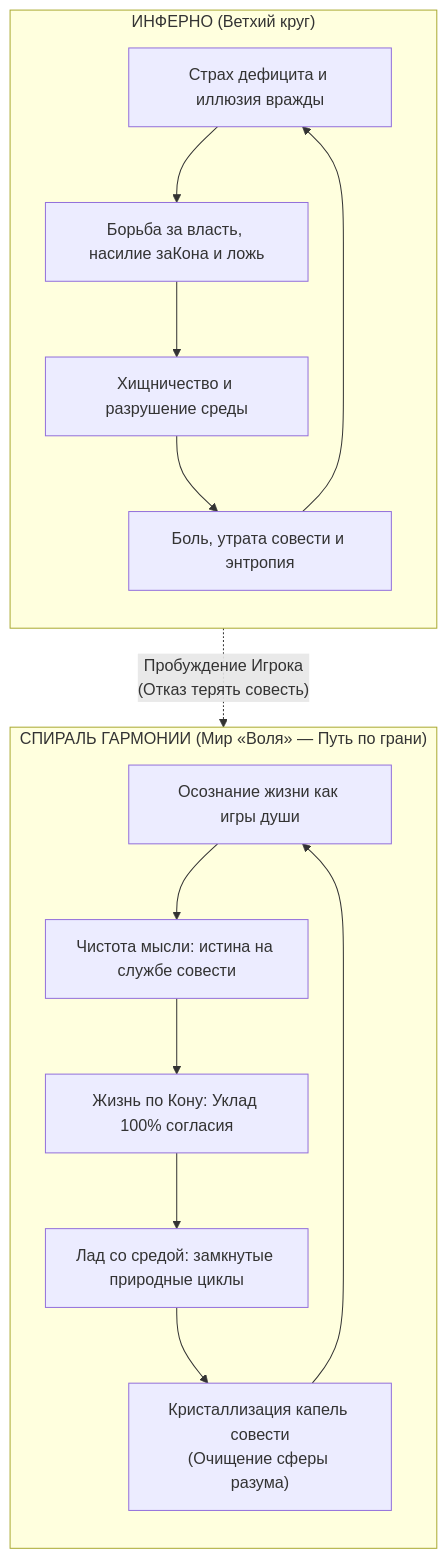
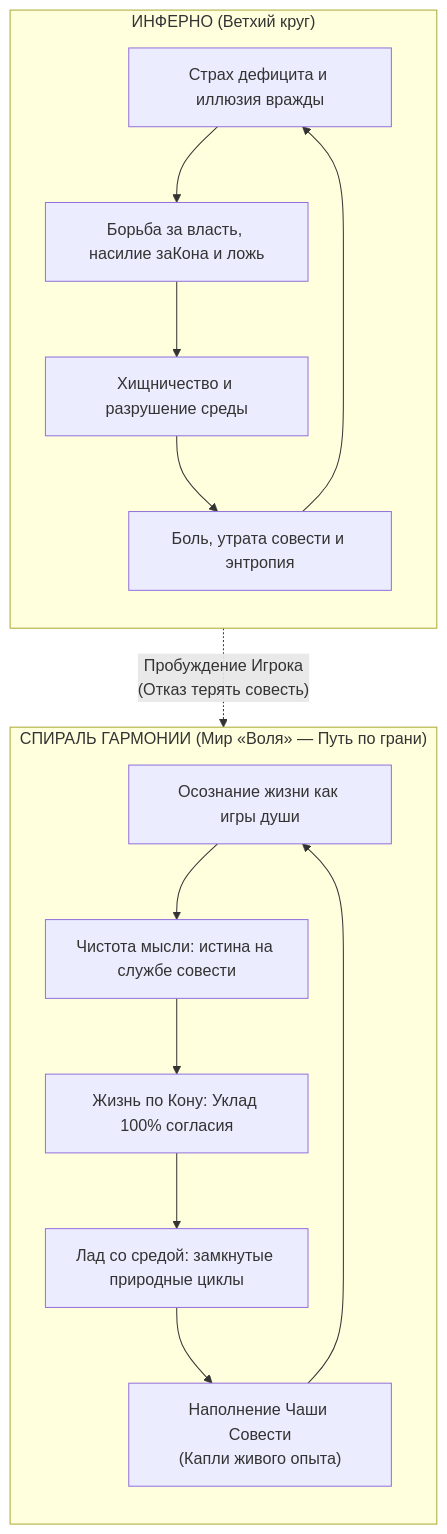
The second of 5 diagrams in Манифест Воли.md (sigom-unicorn/Volya), drawn with Mermaid before and after one commit. The commit also changed other lines of this file and 3 other files, not shown here.

````diff
--- a/Манифест Воли.md
+++ b/Манифест Воли.md
@@ -114,21 +119,21 @@
 ```mermaid
 flowchart TD
     subgraph INFERNO["ИНФЕРНО (Ветхий круг)"]
         direction TB
         I1["Страх дефицита и иллюзия вражды"] --> I2["Борьба за власть, насилие заКона и ложь"]
         I2 --> I3["Хищничество и разрушение среды"]
         I3 --> I4["Боль, утрата совести и энтропия"]
         I4 --> I1
     end
 
     subgraph VOLYA["СПИРАЛЬ ГАРМОНИИ (Мир «Воля» — Путь по грани)"]
         direction TB
         V1["Осознание жизни как игры души"] --> V2["Чистота мысли: истина на службе совести"]
         V2 --> V3["Жизнь по Кону: Уклад 100% согласия"]
         V3 --> V4["Лад со средой: замкнутые природные циклы"]
-        V4 --> V5["Кристаллизация капель совести<br/>(Очищение сферы разума)"]
+        V4 --> V5["Наполнение Чаши Совести<br/>(Капли живого опыта)"]
         V5 --> V1
     end
 
     INFERNO -.->|"Пробуждение Игрока<br/>(Отказ терять совесть)"| VOLYA
 ```
````
